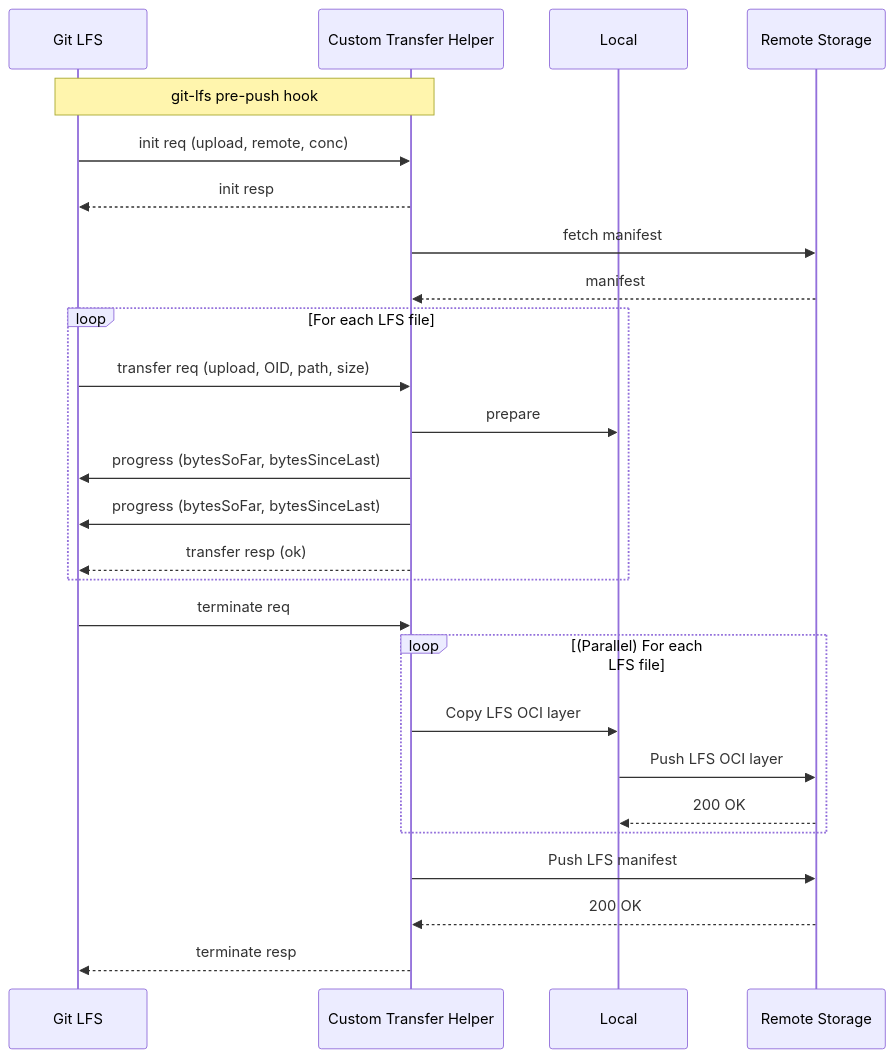
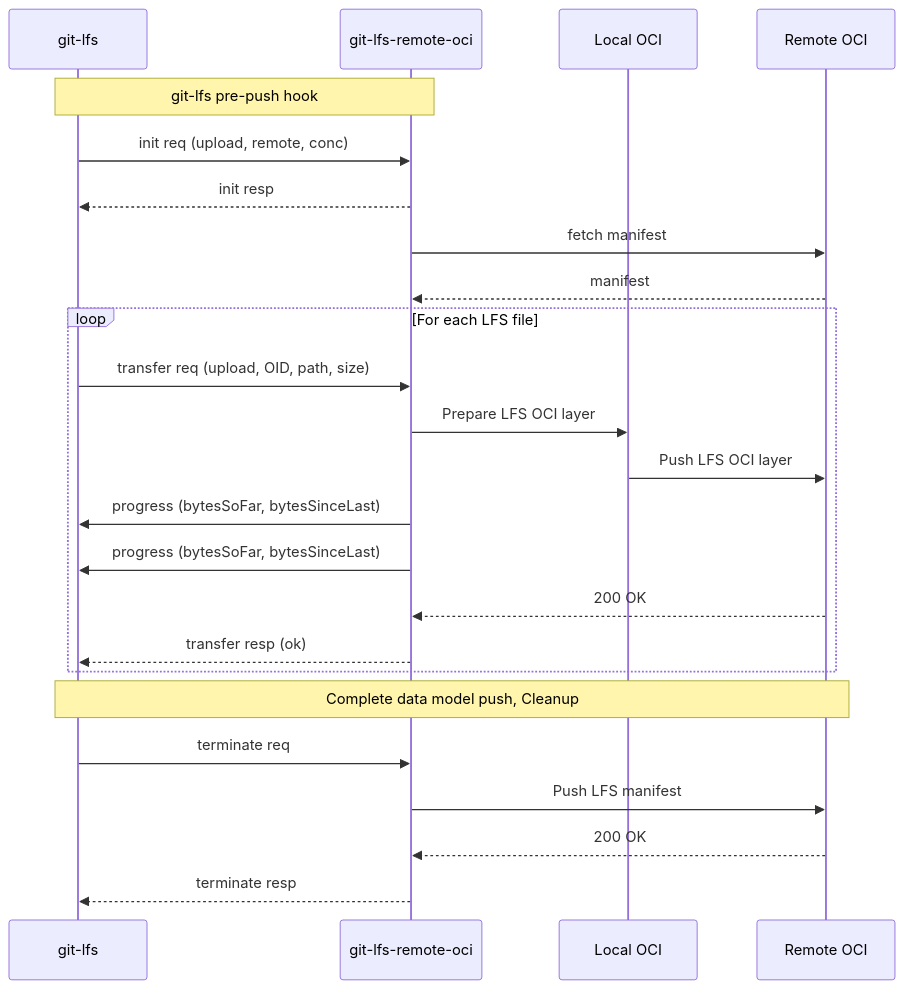
Before and after one commit to act3-ai/gnoci: the diagram in docs/diagrams/sequence/push_lfs.md, drawn with Mermaid. The commit also changed other lines of this file, not shown here.

Commit message:
update lfs push  sequence diagram

````diff
--- a/docs/diagrams/sequence/push_lfs.md
+++ b/docs/diagrams/sequence/push_lfs.md
@@ -5,40 +12,36 @@
 ```mermaid
 sequenceDiagram
-    participant LFS as Git LFS
-    participant Helper as Custom Transfer Helper
-    participant LocalStorage as Local
-    participant Remote as Remote Storage
+    participant LFS as git-lfs
+    participant Helper as git-lfs-remote-oci
+    participant LocalStorage as Local OCI
+    participant Remote as Remote OCI
 
     Note over LFS,Helper: git-lfs pre-push hook
 
     %% Initialization (operation, remote name, concurrency options)
     %% op: upload/download
     %% remote: shortname or full URL
     LFS->>Helper: init req (upload, remote, conc)
     Helper-->>LFS: init resp
 
     Helper->>Remote: fetch manifest
     Remote-->>Helper: manifest
 
     %% Prepare loop
     loop For each LFS file
         LFS->>Helper: transfer req (upload, OID, path, size)
-        Helper->>LocalStorage: prepare
+        Helper->>LocalStorage: Prepare LFS OCI layer
+        LocalStorage->>Remote: Push LFS OCI layer
         Helper->>LFS: progress (bytesSoFar, bytesSinceLast)
         Helper->>LFS: progress (bytesSoFar, bytesSinceLast)
+        Remote-->>Helper: 200 OK
         Helper-->>LFS: transfer resp (ok)
     end
 
-    %% Termination
+    Note over LFS,Remote: Complete data model push, Cleanup
     LFS->>Helper: terminate req
-
-   loop (Parallel) For each LFS file
-        Helper->>LocalStorage: Copy LFS OCI layer
-        LocalStorage->>Remote: Push LFS OCI layer
-        Remote-->>LocalStorage: 200 OK
-    end
 
     Helper->>Remote: Push LFS manifest
     Remote-->>Helper: 200 OK
     Helper-->>LFS: terminate resp
 ```
````
